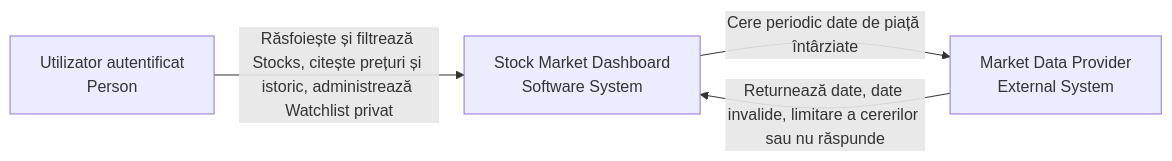
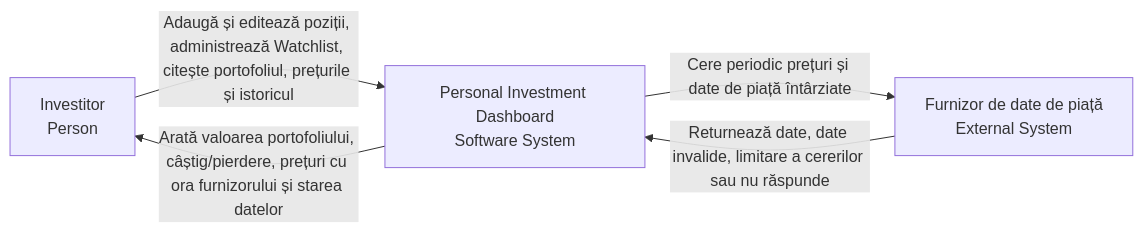
One commit to DucaAleXD/Proiectarea-sistemelor-informatice changed the first of 6 diagrams in Sd/lab3/solution.md. Above: the diagram before and after it, drawn with Mermaid. The commit also changed other lines of this file, not shown here.

````diff
--- a/Sd/lab3/solution.md
+++ b/Sd/lab3/solution.md
@@ -51,10 +7,11 @@
 ```mermaid
 flowchart LR
-    user["Utilizator autentificat<br/>Person"]
-    dashboard["Stock Market Dashboard<br/>Software System"]
-    provider["Market Data Provider<br/>External System"]
+    I["Investitor<br/>Person"]
+    D["Personal Investment Dashboard<br/>Software System"]
+    F["Furnizor de date de piață<br/>External System"]
 
-    user -->|"Răsfoiește și filtrează Stocks, citește prețuri și istoric, administrează Watchlist privat"| dashboard
-    dashboard -->|"Cere periodic date de piață întârziate"| provider
-    provider -->|"Returnează date, date invalide, limitare a cererilor sau nu răspunde"| dashboard
+    I -->|"Adaugă și editează poziții, administrează Watchlist, citește portofoliul, prețurile și istoricul"| D
+    D -->|"Arată valoarea portofoliului, câștig/pierdere, prețuri cu ora furnizorului și starea datelor"| I
+    D -->|"Cere periodic prețuri și date de piață întârziate"| F
+    F -->|"Returnează date, date invalide, limitare a cererilor sau nu răspunde"| D
 ```
````
